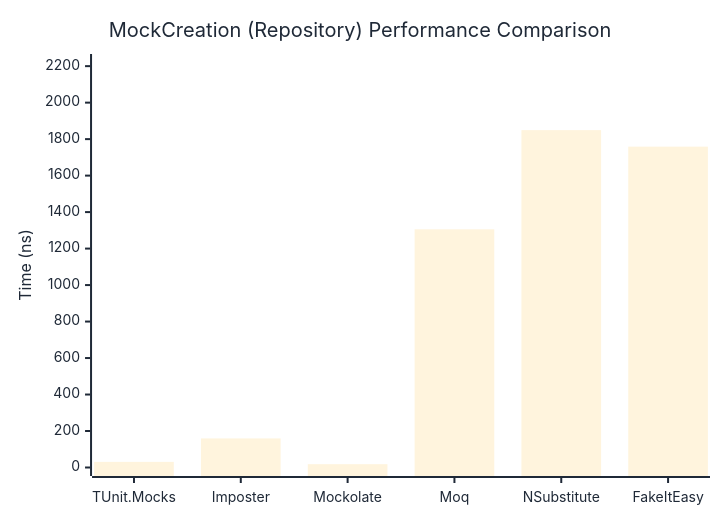
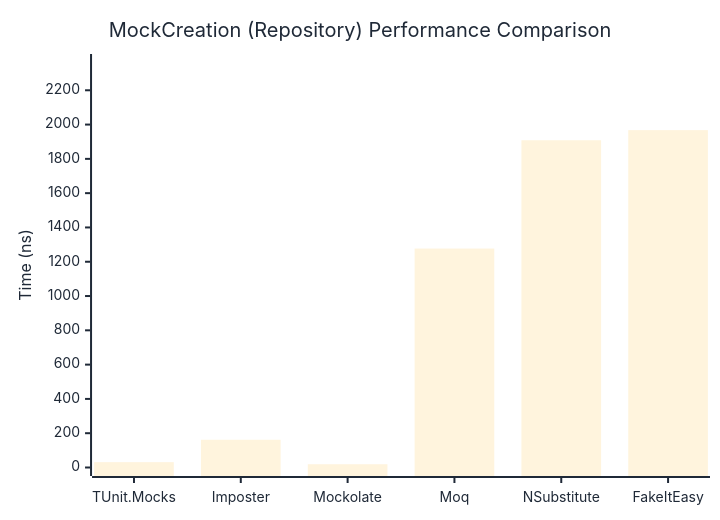
The second of 2 diagrams in docs/docs/benchmarks/mocks/MockCreation.md (thomhurst/TUnit), drawn with Mermaid before and after one commit. The commit also changed other lines of this file and 14 other files, not shown here.

````diff
--- a/docs/docs/benchmarks/mocks/MockCreation.md
+++ b/docs/docs/benchmarks/mocks/MockCreation.md
@@ -71,27 +71,27 @@
 ```mermaid
 %%{init: {
   'theme':'base',
   'themeVariables': {
     'primaryColor': '#2563eb',
     'primaryTextColor': '#1f2937',
     'primaryBorderColor': '#1e40af',
     'lineColor': '#6b7280',
     'secondaryColor': '#7c3aed',
     'tertiaryColor': '#dc2626',
     'background': '#ffffff',
     'pie1': '#2563eb',
     'pie2': '#7c3aed',
     'pie3': '#dc2626',
     'pie4': '#f59e0b',
     'pie5': '#10b981',
     'pie6': '#06b6d4',
     'pie7': '#ec4899',
     'pie8': '#6366f1'
   }
 }}%%
 xychart-beta
   title "MockCreation (Repository) Performance Comparison"
   x-axis ["TUnit.Mocks", "Imposter", "Mockolate", "Moq", "NSubstitute", "FakeItEasy"]
-  y-axis "Time (ns)" 0 --> 2220
-  bar [30.79, 159.34, 18.18, 1305.64, 1849.25, 1758.74]
+  y-axis "Time (ns)" 0 --> 2362
+  bar [31.09, 161.81, 19.05, 1276.85, 1908.53, 1967.6]
 ```
````
